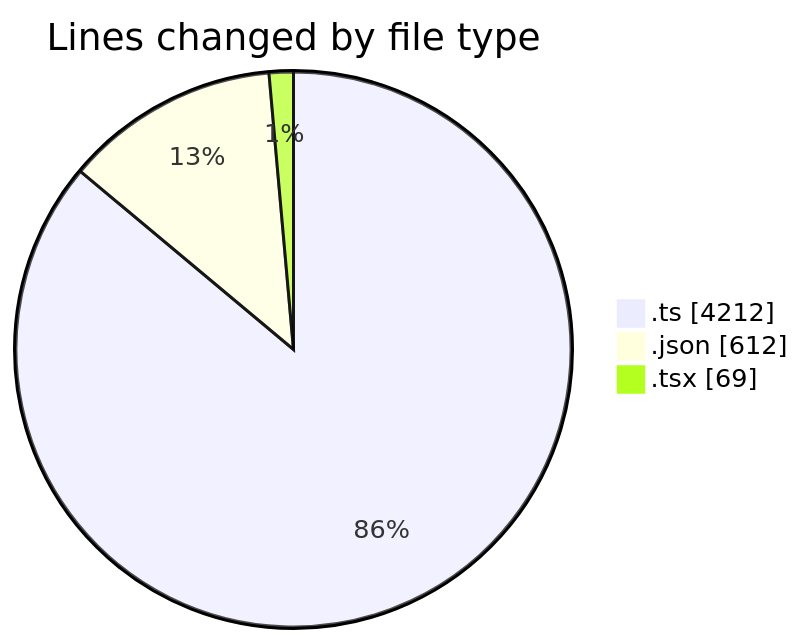
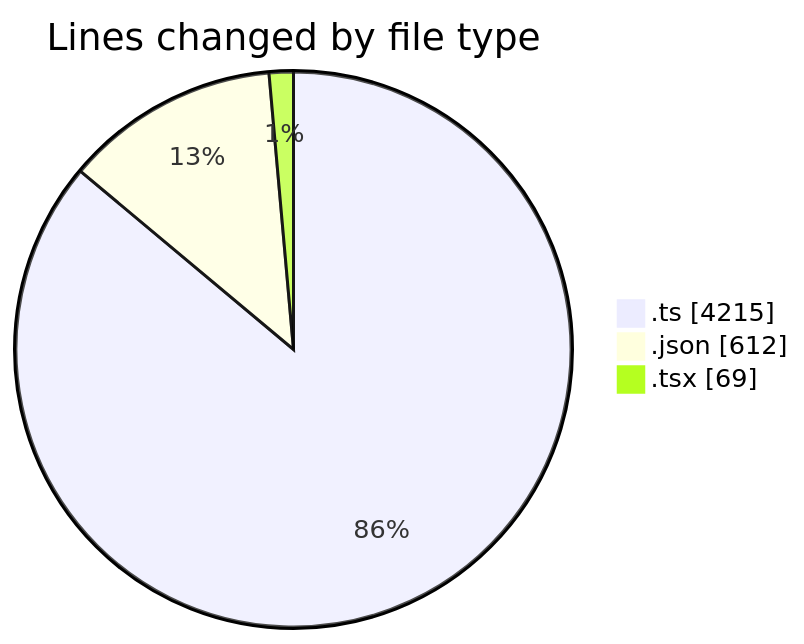
One commit to momahboobian/code-tracking changed the first of 2 diagrams in 2025-10-22/cda/README.md. Above: the diagram before and after it, drawn with Mermaid. The commit also changed other lines of this file and 1 other file, not shown here.

````diff
--- a/2025-10-22/cda/README.md
+++ b/2025-10-22/cda/README.md
@@ -30,7 +30,7 @@
 ```mermaid
 pie showData
 title Lines changed by file type
-".ts" : 4212
+".ts" : 4215
 ".json" : 612
 ".tsx" : 69
 ```
````
